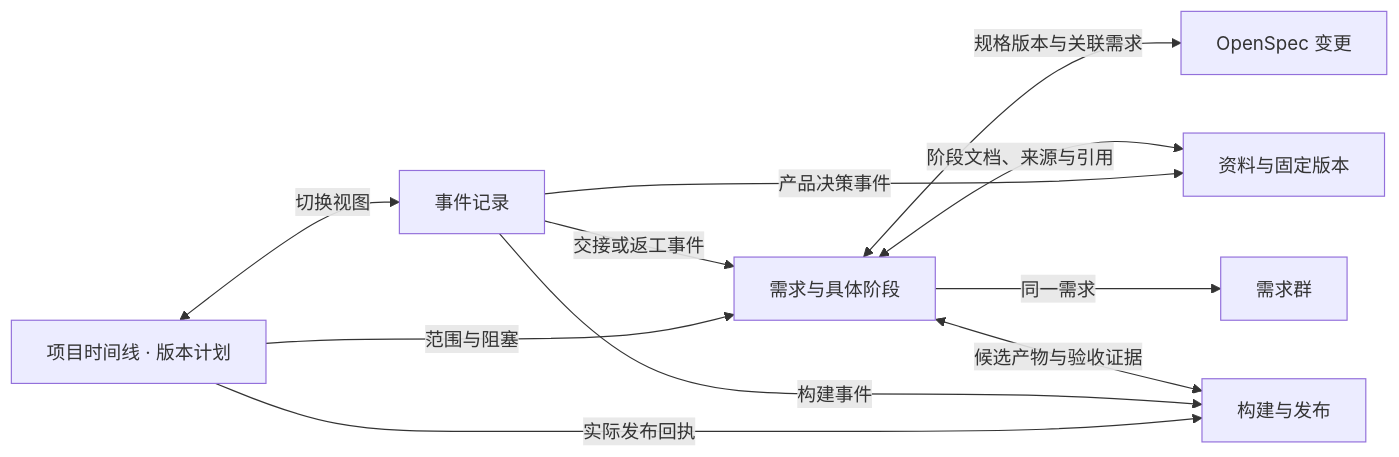
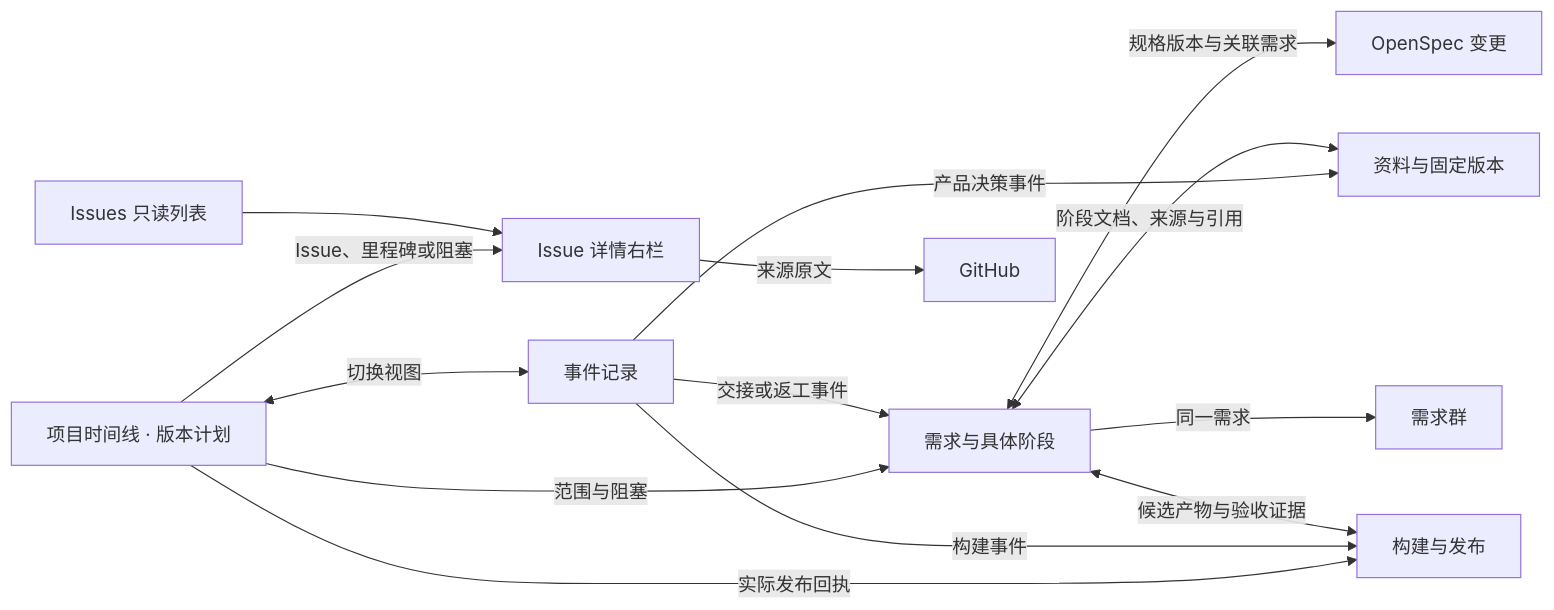
The diagram in docs/design/project-pages/README.md (lkun-lea/myagentdesk), drawn with Mermaid before and after one commit. The commit also changed other lines of this file and 15 other files, not shown here.

Commit message:
Add MyAgentDesk release timeline and GitHub issue demo

````diff
--- a/docs/design/project-pages/README.md
+++ b/docs/design/project-pages/README.md
@@ -15,13 +15,16 @@
 ```mermaid
 flowchart LR
     V["项目时间线 · 版本计划"] -->|"范围与阻塞"| R["需求与具体阶段"]
+    V -->|"Issue、里程碑或阻塞"| I["Issue 详情右栏"]
+    L["Issues 只读列表"] --> I
+    I -->|"来源原文"| H["GitHub"]
     V -->|"实际发布回执"| B["构建与发布"]
     V <-->|"切换视图"| T["事件记录"]
     T -->|"交接或返工事件"| R
     T -->|"产品决策事件"| M["资料与固定版本"]
     T -->|"构建事件"| B
     R <-->|"规格版本与关联需求"| S["OpenSpec 变更"]
     R <-->|"阶段文档、来源与引用"| M
     R <-->|"候选产物与验收证据"| B
     R -->|"同一需求"| G["需求群"]
 ```
````
